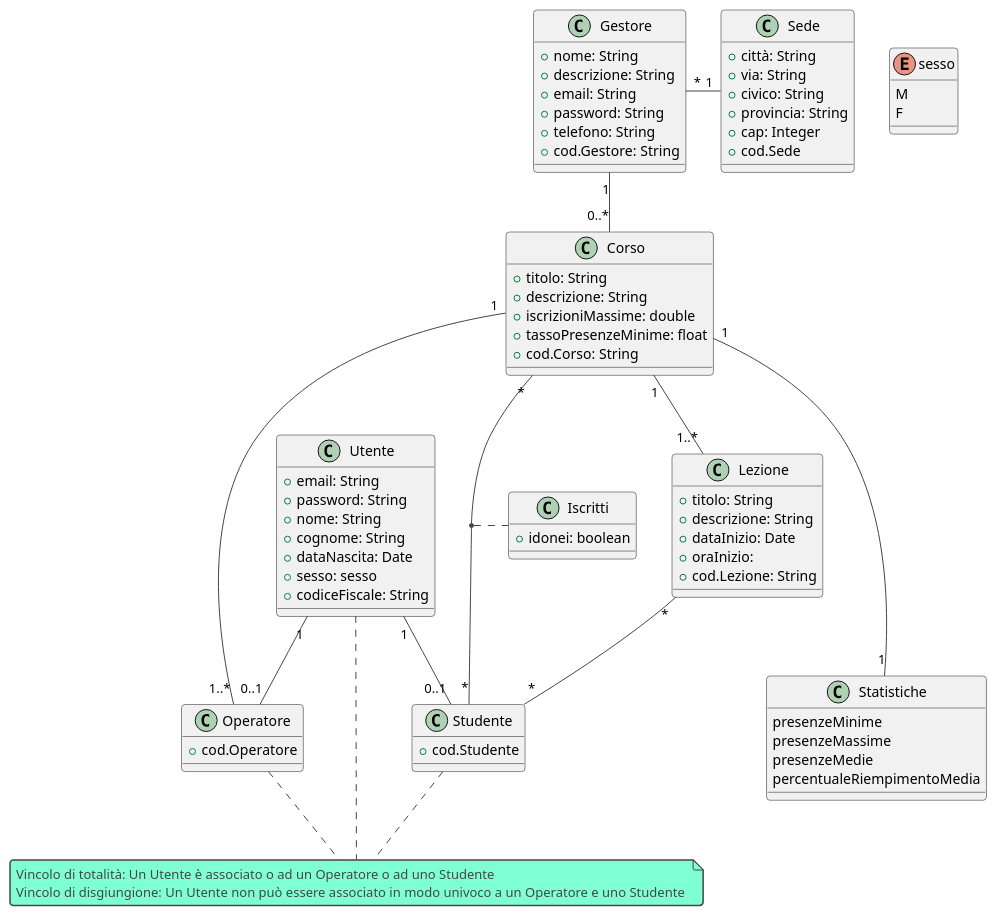
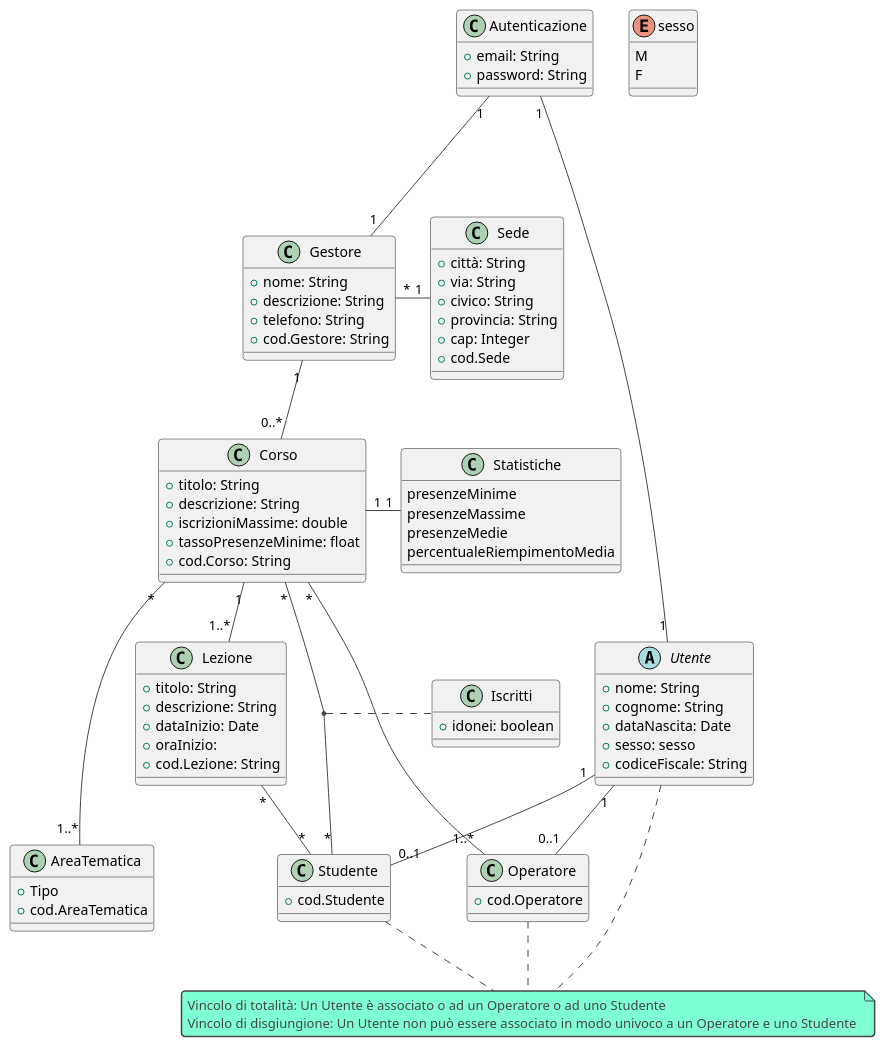
The diagram in UML Ristrutturato.puml (agostino-code/OO-BDI-Project), drawn with PlantUML before and after one commit. The commit also changed 28 other files, not shown here.

First line of the commit message:
modifiche all'UML

```diff
--- a/UML Ristrutturato.puml
+++ b/UML Ristrutturato.puml
@@ -1,77 +1,83 @@
 @startuml
 'https://plantuml.com/class-diagram
 !theme vibrant
-class Utente{
+class Autenticazione {
   +email: String
   +password: String
+}
+Autenticazione "1" -- "1" Utente
+Autenticazione "1" --- "1" Gestore
+abstract class Utente{
   +nome: String
   +cognome: String
   +dataNascita: Date
   +sesso: sesso
   +codiceFiscale: String
 }
 note "Vincolo di totalità: Un Utente è associato o ad un Operatore o ad uno Studente\nVincolo di disgiungione: Un Utente non può essere associato in modo univoco a un Operatore e uno Studente " as N1
 Utente ... N1
 Operatore .. N1
 Studente .. N1
 class Sede {
   +città: String
   +via: String
   +civico: String
   +provincia: String
   +cap: Integer
   +cod.Sede
 }
 class Gestore {
   +nome: String
   +descrizione: String
-  +email: String
-  +password: String
   +telefono: String
   +cod.Gestore: String
 }
 Gestore "*" - "1" Sede
 class Operatore{
-
   +cod.Operatore
 }
 class Studente{
   +cod.Studente
 }
 enum sesso{
 M
 F
 }
 Utente "1" -- "0..1" Operatore
 Utente "1" -- "0..1" Studente
 Gestore "1" -- "0..*" Corso
 Corso "*" -- "*" Studente
-Corso "1" - "1..*" Operatore
+Corso "*" - "1..*" Operatore
 class Corso{
   +titolo: String
   +descrizione: String
   +iscrizioniMassime: double
   +tassoPresenzeMinime: float
   +cod.Corso: String
 }
+class AreaTematica{
+  +Tipo
+  +cod.AreaTematica
+}
+Corso "*" --- "1..*" AreaTematica
 class Lezione{
   +titolo: String
   +descrizione: String
   +dataInizio: Date
   +oraInizio:
   +cod.Lezione: String
 }
 Corso "1" -- "1..*" Lezione
 (Corso, Studente) .. Iscritti
 Lezione "*" -- "*" Studente
 class Iscritti{
 +idonei: boolean
 }
 class Statistiche{
   presenzeMinime
   presenzeMassime
   presenzeMedie
   percentualeRiempimentoMedia
 }
-Corso "1" --- "1" Statistiche
+Corso "1" - "1" Statistiche
 @enduml
```
